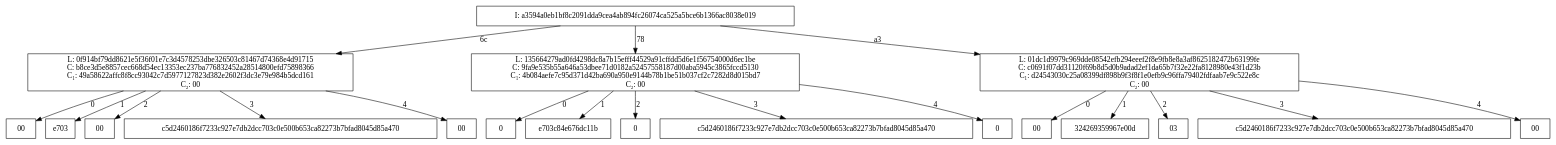
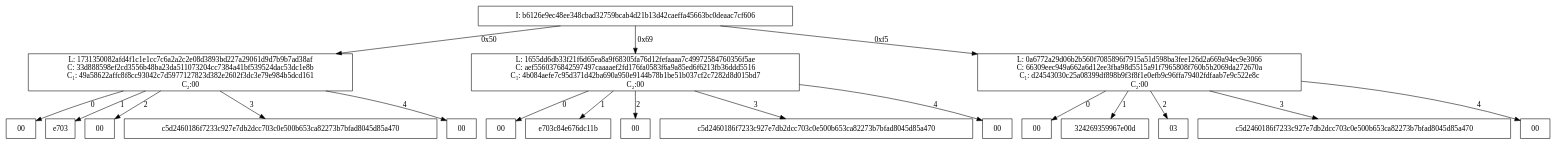
One commit to gballet/verkle-block-sample changed the diagram in verkle.dot. Above: the diagram before and after it, drawn with Graphviz. The commit also changed 1 other file, not shown here.

```diff
--- a/verkle.dot
+++ b/verkle.dot
@@ -1,49 +1,49 @@
 digraph D {
 node [shape=rect]
-internal [label="I: a3594a0eb1bf8c2091dda9cea4ab894fc26074ca525a5bce6b1366ac8038e019"]
-leaf6c [label="L: 0f914bf79dd8621e5f36f01e7c3d4578253dbe326503c81467d74368e4d91715
-C: b8ce3d5e8857cec668d54ec13353ec237ba776832452a28514800efd75898366
+internal [label="I: b6126e9ec48ee348cbad32759bcab4d21b13d42caeffa45663bc0deaac7cf606"]
+leaf50 [label="L: 1731350082afd4f1c1e1cc7c6a2a2c2e08d3893bd227a29061d9d7b9b7ad38af
+C: 33d888598ef2cd3556b48ba23da511073204cc7384a41bf539524dac53dc1e8b
 C₁: 49a58622affc8f8cc93042c7d5977127823d382e2602f3dc3e79e984b5dcd161
-C₂: 00"]
-internal -> leaf6c [label="6c"]
-val6c0 [label="00"]
-leaf6c -> val6c0 [label=0]
-val6c1 [label="e703"]
-leaf6c -> val6c1 [label=1]
-val6c2 [label="00"]
-leaf6c -> val6c2 [label=2]
-val6c3 [label="c5d2460186f7233c927e7db2dcc703c0e500b653ca82273b7bfad8045d85a470"]
-leaf6c -> val6c3 [label=3]
-val6c4 [label="00"]
-leaf6c -> val6c4 [label=4]
-leaf78 [label="L: 135664279ad0fd4298dc8a7b15efff44529a91cffdd5d6e1f56754000d6ec1be
-C: 9fa9e535b55a646a53dbee71d0182a52457558187d00aba5945c3865fccd5130
+C₂:00"]
+internal -> leaf50 [label="0x50"]
+val500 [label="00"]
+leaf50 -> val500 [label="0"]
+val501 [label="e703"]
+leaf50 -> val501 [label="1"]
+val502 [label="00"]
+leaf50 -> val502 [label="2"]
+val503 [label="c5d2460186f7233c927e7db2dcc703c0e500b653ca82273b7bfad8045d85a470"]
+leaf50 -> val503 [label="3"]
+val504 [label="00"]
+leaf50 -> val504 [label="4"]
+leaf69 [label="L: 1655dd6db33f21f6d65ea8a9f68305fa76d12fefaaaa7c49972584760356f5ae
+C: aef5560376842597497caaaaef2fd176fa0583f6a9a85ed6f6213fb36ddd5516
 C₁: 4b084aefe7c95d371d42ba690a950e9144b78b1be51b037cf2c7282d8d015bd7
-C₂: 00"]
-internal -> leaf78 [label="78"]
-val780 [label="0"]
-leaf78 -> val780 [label=0]
-val781 [label="e703c84e676dc11b"]
-leaf78 -> val781 [label=1]
-val782 [label="0"]
-leaf78 -> val782 [label=2]
-val783 [label="c5d2460186f7233c927e7db2dcc703c0e500b653ca82273b7bfad8045d85a470"]
-leaf78 -> val783 [label=3]
-val784 [label="0"]
-leaf78 -> val784 [label=4]
-leafa3 [label="L: 01dc1d9979c969dde08542efb294eeef2f8e9fb8e8a3af8625182472b63199fe
-C: c0691f07dd31120f69b8d5d0b9adad2ef1da65b7f32e22fa8128980e43f1d23b
+C₂:00"]
+internal -> leaf69 [label="0x69"]
+val690 [label="00"]
+leaf69 -> val690 [label="0"]
+val691 [label="e703c84e676dc11b"]
+leaf69 -> val691 [label="1"]
+val692 [label="00"]
+leaf69 -> val692 [label="2"]
+val693 [label="c5d2460186f7233c927e7db2dcc703c0e500b653ca82273b7bfad8045d85a470"]
+leaf69 -> val693 [label="3"]
+val694 [label="00"]
+leaf69 -> val694 [label="4"]
+leaff5 [label="L: 0a6772a29d06b2b560f7085896f7915a51d598ba3fee126d2a669a94ec9e3066
+C: 66309eec949a662a6d12ee3fba98d5515a91f7965808f760b5b2069da272670a
 C₁: d24543030c25a08399df898b9f3f8f1e0efb9c96ffa79402fdfaab7e9c522e8c
-C₂: 00"]
-internal -> leafa3 [label="a3"]
-vala30 [label="00"]
-leafa3 -> vala30 [label=0]
-vala31 [label="324269359967e00d"]
-leafa3 -> vala31 [label=1]
-vala32 [label="03"]
-leafa3 -> vala32 [label=2]
-vala33 [label="c5d2460186f7233c927e7db2dcc703c0e500b653ca82273b7bfad8045d85a470"]
-leafa3 -> vala33 [label=3]
-vala34 [label="00"]
-leafa3 -> vala34 [label=4]
+C₂:00"]
+internal -> leaff5 [label="0xf5"]
+valf50 [label="00"]
+leaff5 -> valf50 [label="0"]
+valf51 [label="324269359967e00d"]
+leaff5 -> valf51 [label="1"]
+valf52 [label="03"]
+leaff5 -> valf52 [label="2"]
+valf53 [label="c5d2460186f7233c927e7db2dcc703c0e500b653ca82273b7bfad8045d85a470"]
+leaff5 -> valf53 [label="3"]
+valf54 [label="00"]
+leaff5 -> valf54 [label="4"]
 }
```
